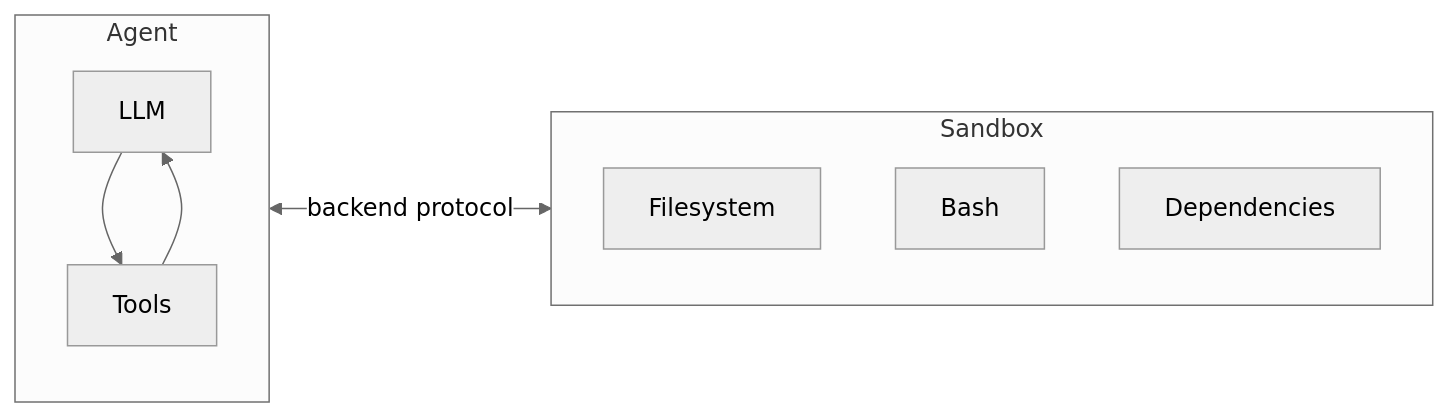
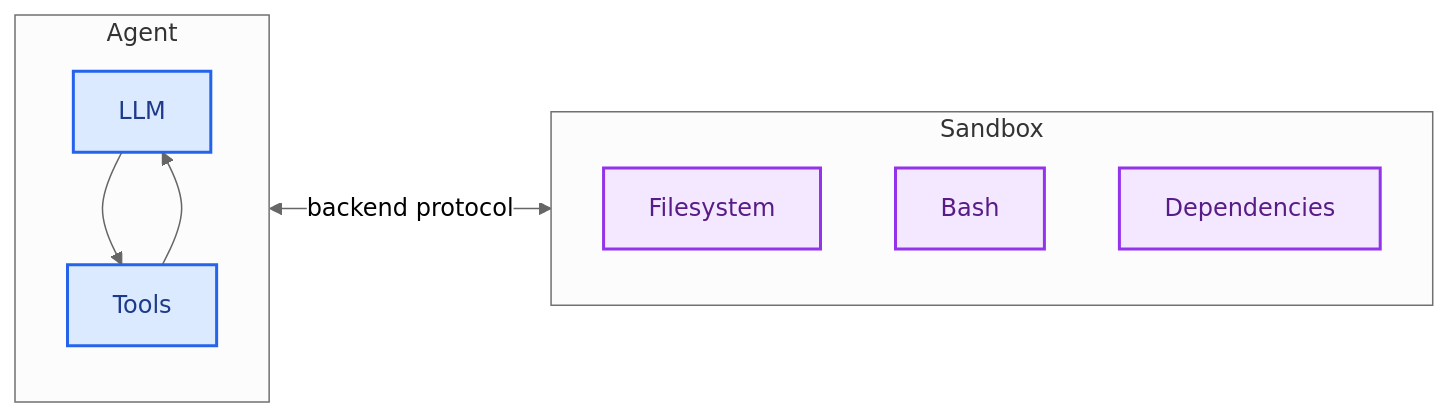
Before and after one commit to kunfan96/cndocs-langchain: the first of 3 diagrams in oss/javascript/deepagents/sandboxes.mdx, drawn with Mermaid (neutral theme). The commit also changed other lines of this file and 2611 other files, not shown here.

````diff
--- a/oss/javascript/deepagents/sandboxes.mdx
+++ b/oss/javascript/deepagents/sandboxes.mdx
@@ -18,15 +18,21 @@
 ```mermaid
 graph LR
     subgraph Agent
         LLM --> Tools
         Tools --> LLM
     end
 
     Agent <-- backend protocol --> Sandbox
 
     subgraph Sandbox
         Filesystem
         Bash
         Dependencies
     end
+
+    classDef process fill:#DBEAFE,stroke:#2563EB,stroke-width:2px,color:#1E3A8A
+    classDef output fill:#F3E8FF,stroke:#9333EA,stroke-width:2px,color:#581C87
+
+    class LLM,Tools process
+    class Filesystem,Bash,Dependencies output
 ```
````
